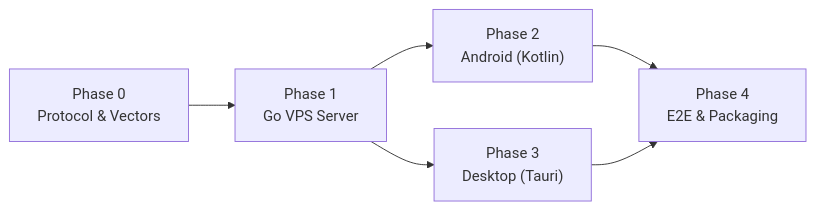
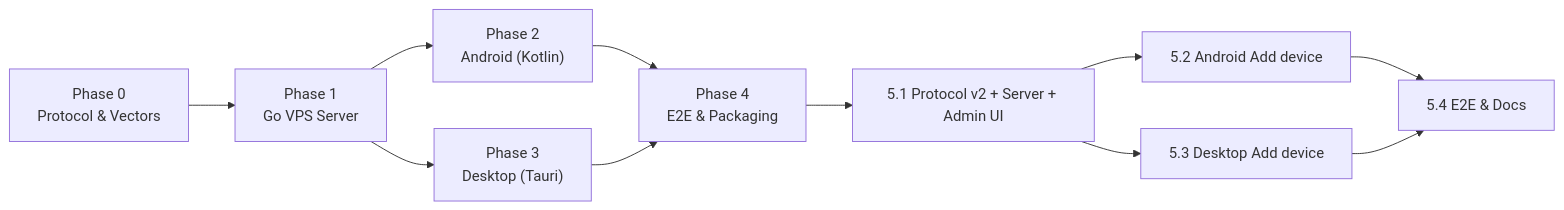
One commit to ardfar/all-notify changed the diagram in docs/ROADMAP.md. Above: the diagram before and after it, drawn with Mermaid. The commit also changed other lines of this file and 8 other files, not shown here.

````diff
--- a/docs/ROADMAP.md
+++ b/docs/ROADMAP.md
@@ -23,8 +24,13 @@
 ```mermaid
 flowchart LR
     P0["Phase 0\nProtocol & Vectors"] --> P1["Phase 1\nGo VPS Server"]
     P1 --> P2["Phase 2\nAndroid (Kotlin)"]
     P1 --> P3["Phase 3\nDesktop (Tauri)"]
     P2 --> P4["Phase 4\nE2E & Packaging"]
     P3 --> P4
+    P4 --> P51["5.1 Protocol v2 + Server + Admin UI"]
+    P51 --> P52["5.2 Android Add device"]
+    P51 --> P53["5.3 Desktop Add device"]
+    P52 --> P54["5.4 E2E & Docs"]
+    P53 --> P54
 ```
````
